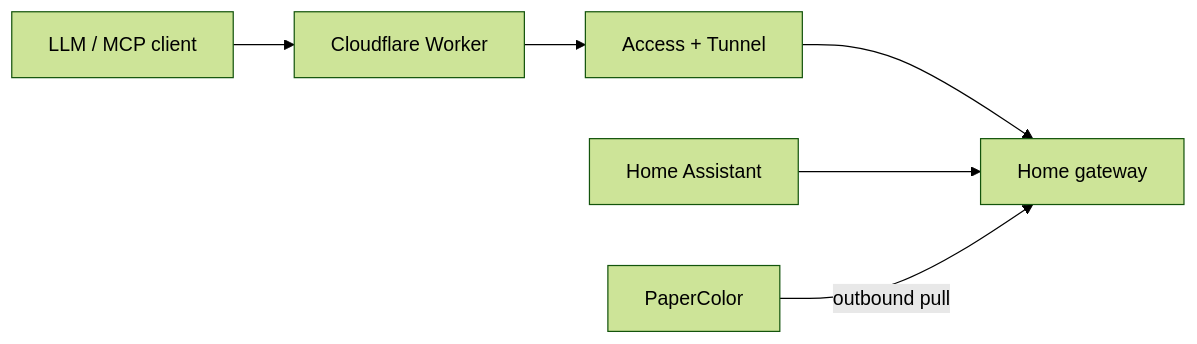
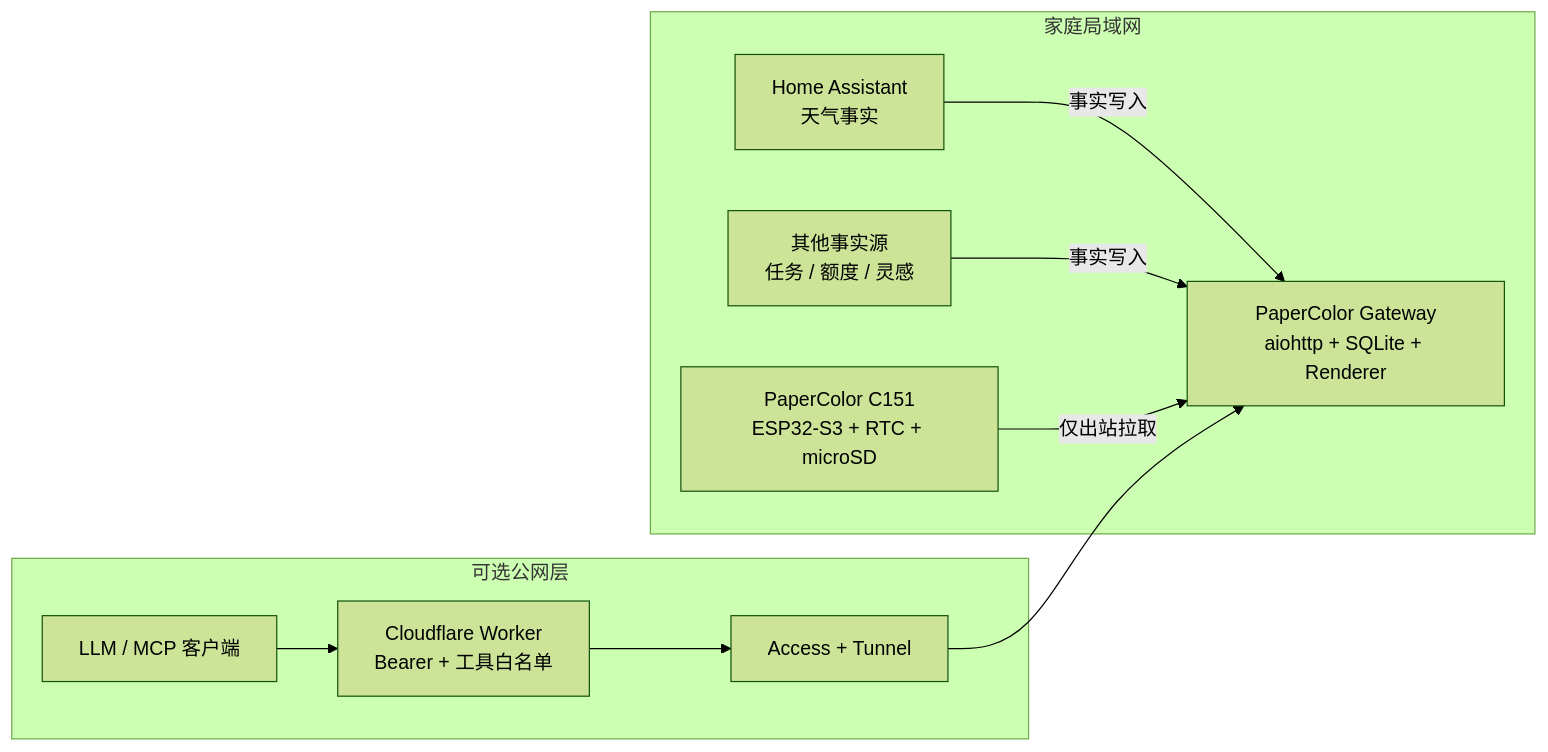
Before and after one commit to yanyichiang/papercolor-pulse: the diagram in README.md, drawn with Mermaid (forest theme). The commit also changed other lines of this file and 1 other file, not shown here.

````diff
--- a/README.md
+++ b/README.md
@@ -16,8 +46,21 @@
 ```mermaid
 flowchart LR
-    model["LLM / MCP client"] --> worker["Cloudflare Worker"]
-    worker --> tunnel["Access + Tunnel"]
-    tunnel --> gateway["Home gateway"]
-    ha["Home Assistant"] --> gateway
-    device["PaperColor"] -->|outbound pull| gateway
+    subgraph internet["可选公网层"]
+        client["LLM / MCP 客户端"]
+        worker["Cloudflare Worker<br/>Bearer + 工具白名单"]
+        access["Access + Tunnel"]
+        client --> worker --> access
+    end
+
+    subgraph lan["家庭局域网"]
+        gateway["PaperColor Gateway<br/>aiohttp + SQLite + Renderer"]
+        ha["Home Assistant<br/>天气事实"]
+        source["其他事实源<br/>任务 / 额度 / 灵感"]
+        device["PaperColor C151<br/>ESP32-S3 + RTC + microSD"]
+        ha -->|事实写入| gateway
+        source -->|事实写入| gateway
+        device -->|仅出站拉取| gateway
+    end
+
+    access --> gateway
 ```
````
